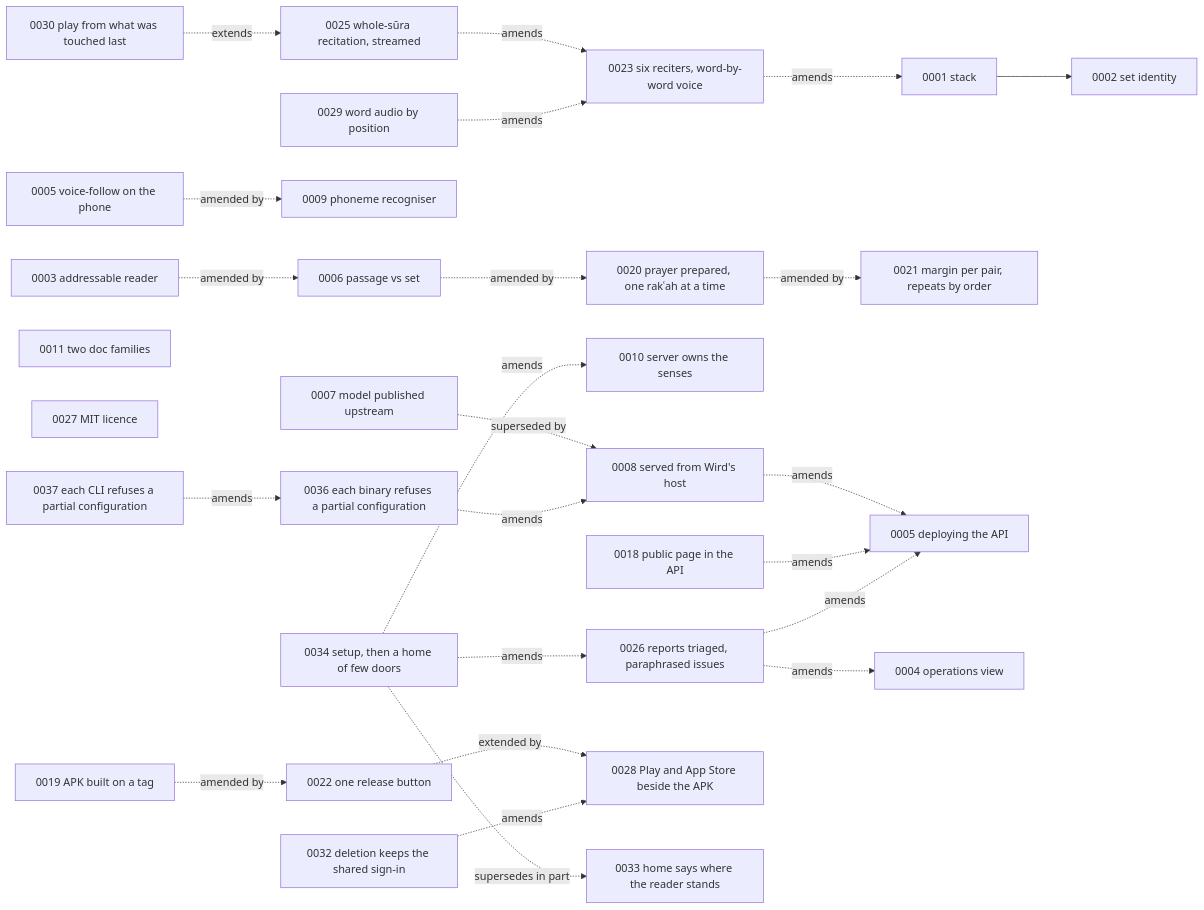
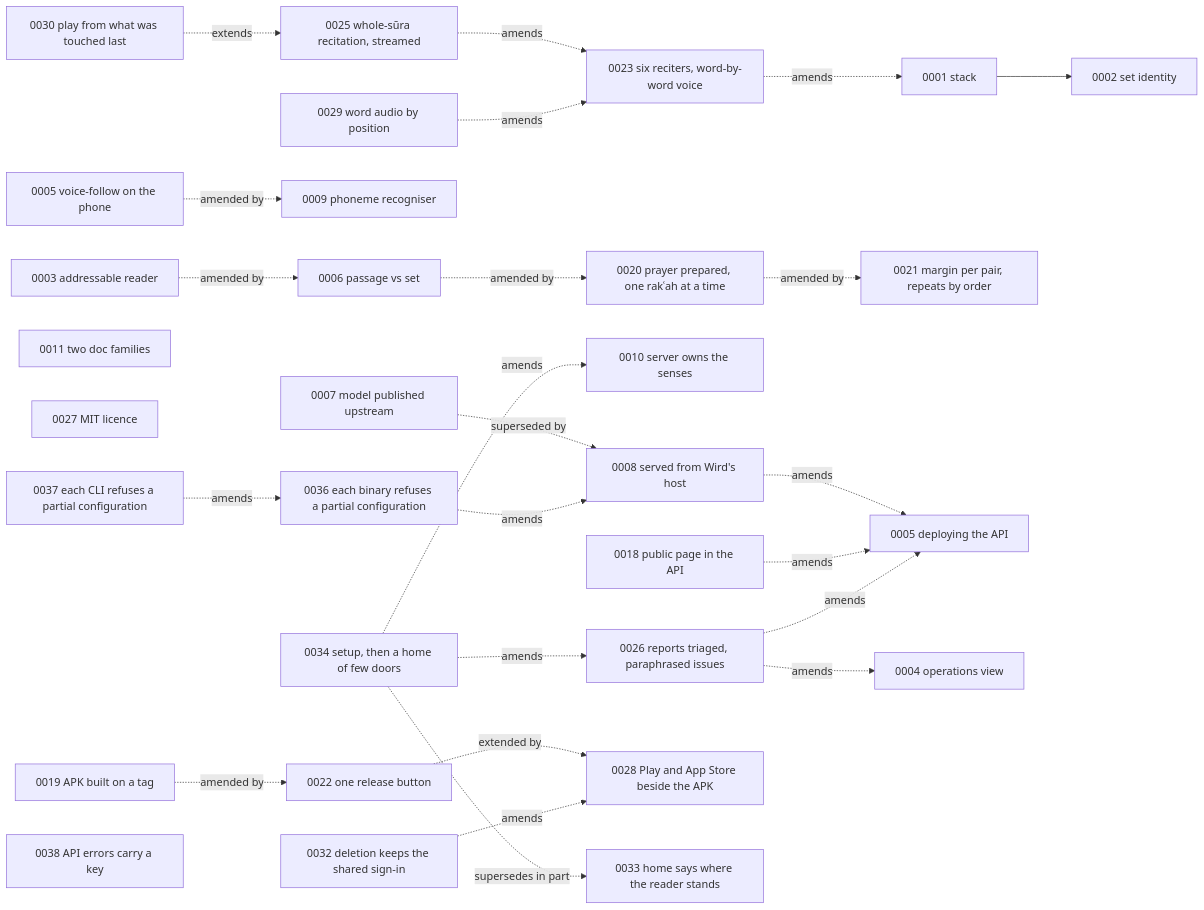
Before and after one commit to MohammadBnei/wird: the diagram in docs/adr/README.md, drawn with Mermaid. The commit also changed other lines of this file and 30 other files, not shown here.

````diff
--- a/docs/adr/README.md
+++ b/docs/adr/README.md
@@ -7,28 +7,29 @@
 ```mermaid
 flowchart LR
   A1[0001 stack] --> A2[0002 set identity]
   A3[0003 addressable reader] -. amended by .-> A6[0006 passage vs set]
   A6 -. amended by .-> A20[0020 prayer prepared, one rakʿah at a time]
   A20 -. amended by .-> A21[0021 margin per pair, repeats by order]
   A19[0019 APK built on a tag] -. amended by .-> A22[0022 one release button]
   A5v[0005 voice-follow on the phone] -. amended by .-> A9[0009 phoneme recogniser]
   A7[0007 model published upstream] -. superseded by .-> A8[0008 served from Wird's host]
   A8 -. amends .-> A5d[0005 deploying the API]
   A10[0010 server owns the senses]
   A11[0011 two doc families]
   A18[0018 public page in the API] -. amends .-> A5d
   A23[0023 six reciters, word-by-word voice] -. amends .-> A1
   A25[0025 whole-sūra recitation, streamed] -. amends .-> A23
   A26[0026 reports triaged, paraphrased issues] -. amends .-> A4[0004 operations view]
   A26 -. amends .-> A5d
   A27[0027 MIT licence]
   A29[0029 word audio by position] -. amends .-> A23
   A30[0030 play from what was touched last] -. extends .-> A25
   A22 -. extended by .-> A28[0028 Play and App Store beside the APK]
   A32[0032 deletion keeps the shared sign-in] -. amends .-> A28
   A34[0034 setup, then a home of few doors] -. supersedes in part .-> A33[0033 home says where the reader stands]
   A34 -. amends .-> A10
   A34 -. amends .-> A26
   A36[0036 each binary refuses a partial configuration] -. amends .-> A8
   A37[0037 each CLI refuses a partial configuration] -. amends .-> A36
+  A38[0038 API errors carry a key]
 ```
````
